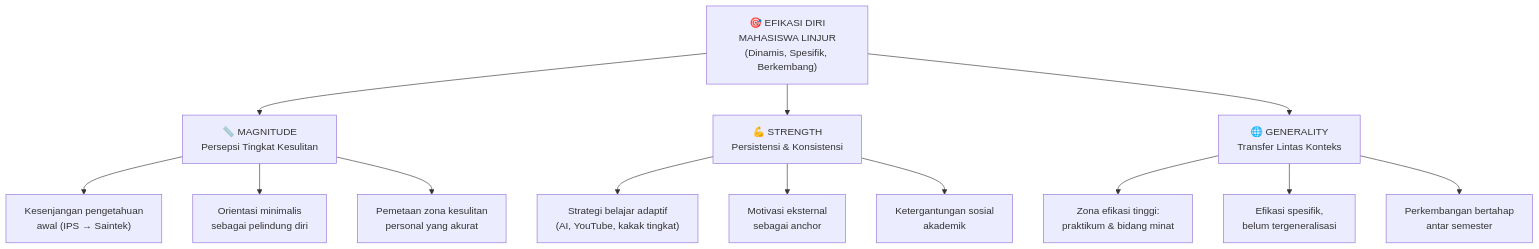
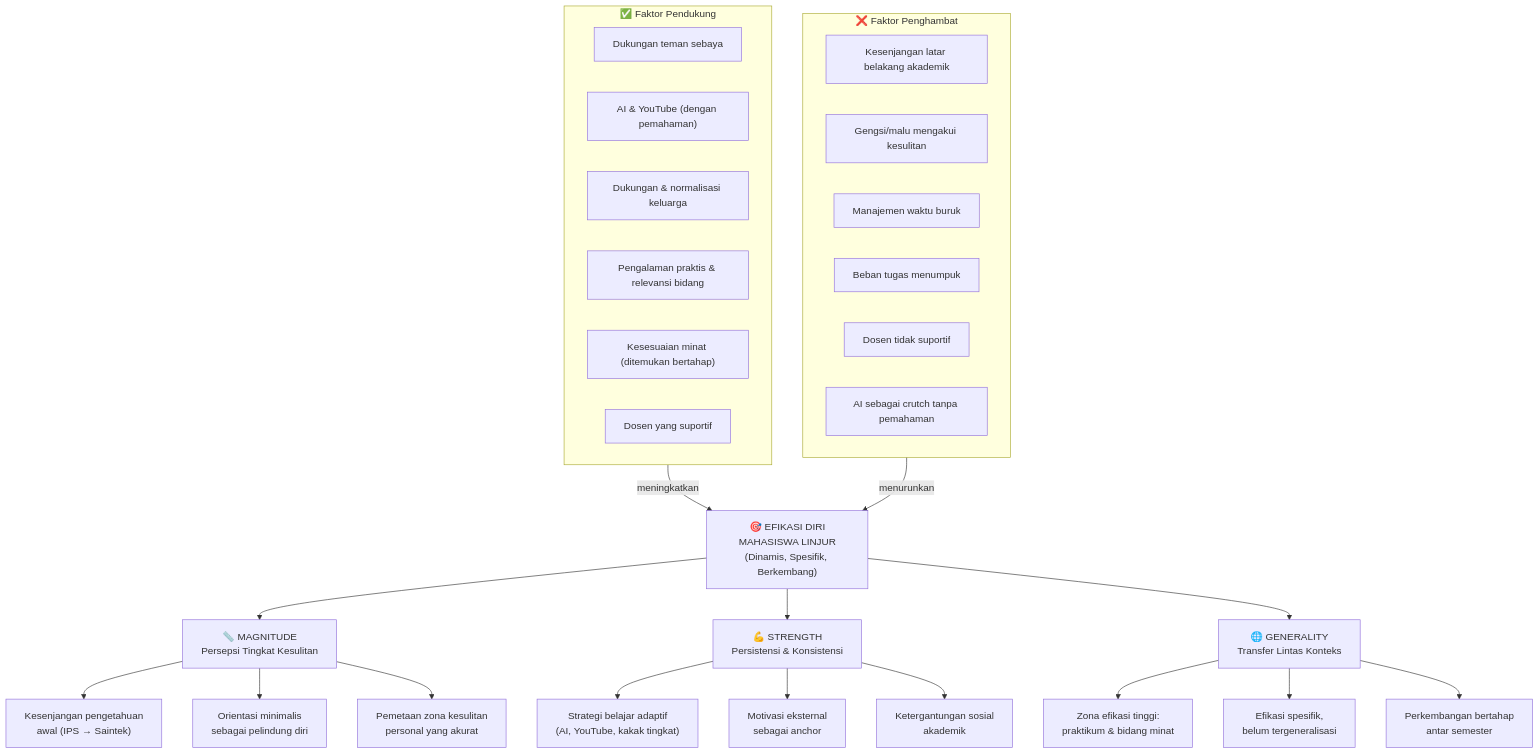
One commit to Soejii/Zettelkasten changed the first of 2 diagrams in College 101/Zettelkasten/Literature Notes/Observasi dan Wawancara/Peta Konsep Linjur.md. Above: the diagram before and after it, drawn with Mermaid.

Commit message:
Merge Linjur concept diagrams into single Mermaid flowchart
Consolidated the separate Dimensi Efikasi Diri and Faktor Pendukung/Penghambat diagrams into one unified flowchart using subgraph boxes for visual clarity. This eliminates overlap issues while keeping all information connected in a single diagram showing how supporting and hindering factors influence self-efficacy, which then branches into three dimensions (magnitude, strength, generality).

````diff
--- a/College 101/Zettelkasten/Literature Notes/Observasi dan Wawancara/Peta Konsep Linjur.md
+++ b/College 101/Zettelkasten/Literature Notes/Observasi dan Wawancara/Peta Konsep Linjur.md
@@ -12,20 +10,41 @@
 ```mermaid
 flowchart TD
+    subgraph PENDUKUNG["✅ Faktor Pendukung"]
+        fp1["Dukungan teman sebaya"]
+        fp2["AI & YouTube (dengan pemahaman)"]
+        fp3["Dukungan & normalisasi keluarga"]
+        fp4["Pengalaman praktis & relevansi bidang"]
+        fp5["Kesesuaian minat (ditemukan bertahap)"]
+        fp6["Dosen yang suportif"]
+    end
+
     EDL["🎯 EFIKASI DIRI\nMAHASISWA LINJUR\n(Dinamis, Spesifik, Berkembang)"]
+
+    subgraph PENGHAMBAT["❌ Faktor Penghambat"]
+        fh1["Kesenjangan latar belakang akademik"]
+        fh2["Gengsi/malu mengakui kesulitan"]
+        fh3["Manajemen waktu buruk"]
+        fh4["Beban tugas menumpuk"]
+        fh5["Dosen tidak suportif"]
+        fh6["AI sebagai crutch tanpa pemahaman"]
+    end
+
+    PENDUKUNG -->|meningkatkan| EDL
+    PENGHAMBAT -->|menurunkan| EDL
 
     EDL --> MAG["📏 MAGNITUDE\nPersepsi Tingkat Kesulitan"]
     EDL --> STR["💪 STRENGTH\nPersistensi & Konsistensi"]
     EDL --> GEN["🌐 GENERALITY\nTransfer Lintas Konteks"]
 
     MAG --> M1["Kesenjangan pengetahuan\nawal (IPS → Saintek)"]
     MAG --> M2["Orientasi minimalis\nsebagai pelindung diri"]
     MAG --> M3["Pemetaan zona kesulitan\npersonal yang akurat"]
 
     STR --> S1["Strategi belajar adaptif\n(AI, YouTube, kakak tingkat)"]
     STR --> S2["Motivasi eksternal\nsebagai anchor"]
     STR --> S3["Ketergantungan sosial\nakademik"]
 
     GEN --> G1["Zona efikasi tinggi:\npraktikum & bidang minat"]
     GEN --> G2["Efikasi spesifik,\nbelum tergeneralisasi"]
     GEN --> G3["Perkembangan bertahap\nantar semester"]
 ```
````
